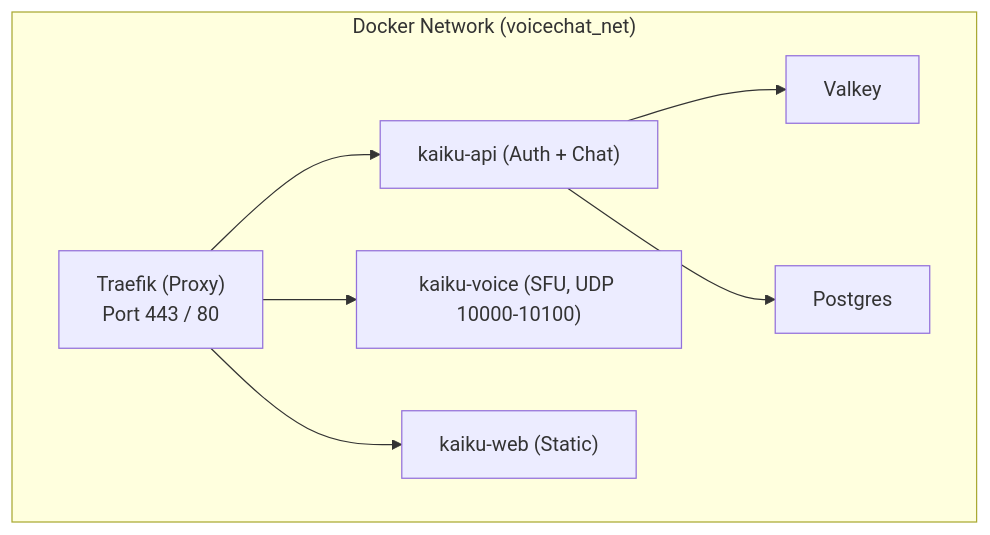
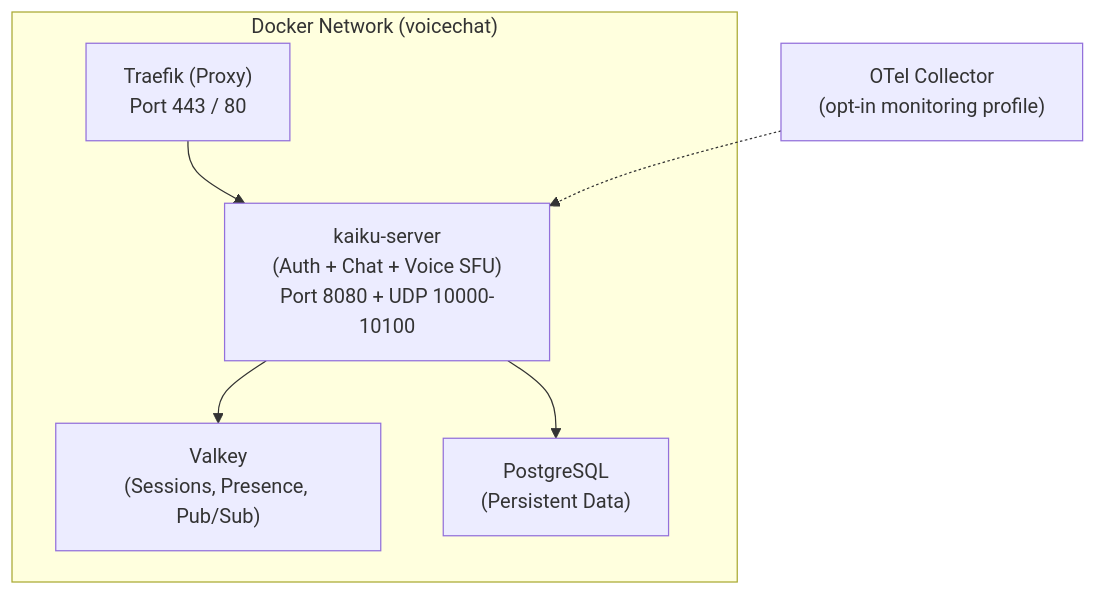
Before and after one commit to Detair/kaiku: the eighth of 9 diagrams in docs/developer-guide/architecture/overview.md, drawn with Mermaid. The commit also changed other lines of this file and 9 other files, not shown here.

First line of the commit message:
docs: fix documentation inconsistencies and update diagrams (#308)

````diff
--- a/docs/developer-guide/architecture/overview.md
+++ b/docs/developer-guide/architecture/overview.md
@@ -221,12 +258,12 @@
 ```mermaid
 flowchart TD
-    subgraph Docker ["Docker Network (voicechat_net)"]
+    subgraph Docker ["Docker Network (voicechat)"]
         Traefik["Traefik (Proxy)\nPort 443 / 80"]
-        Traefik --> API["kaiku-api (Auth + Chat)"]
-        Traefik --> Voice["kaiku-voice (SFU, UDP 10000-10100)"]
-        Traefik --> Web["kaiku-web (Static)"]
-        
-        API --> Valkey["Valkey"]
-        API --> Postgres["Postgres"]
+        Traefik --> Server["kaiku-server\n(Auth + Chat + Voice SFU)\nPort 8080 + UDP 10000-10100"]
+
+        Server --> Valkey["Valkey\n(Sessions, Presence, Pub/Sub)"]
+        Server --> Postgres["PostgreSQL\n(Persistent Data)"]
     end
+
+    OTel["OTel Collector\n(opt-in monitoring profile)"] -.-> Server
 ```
````
